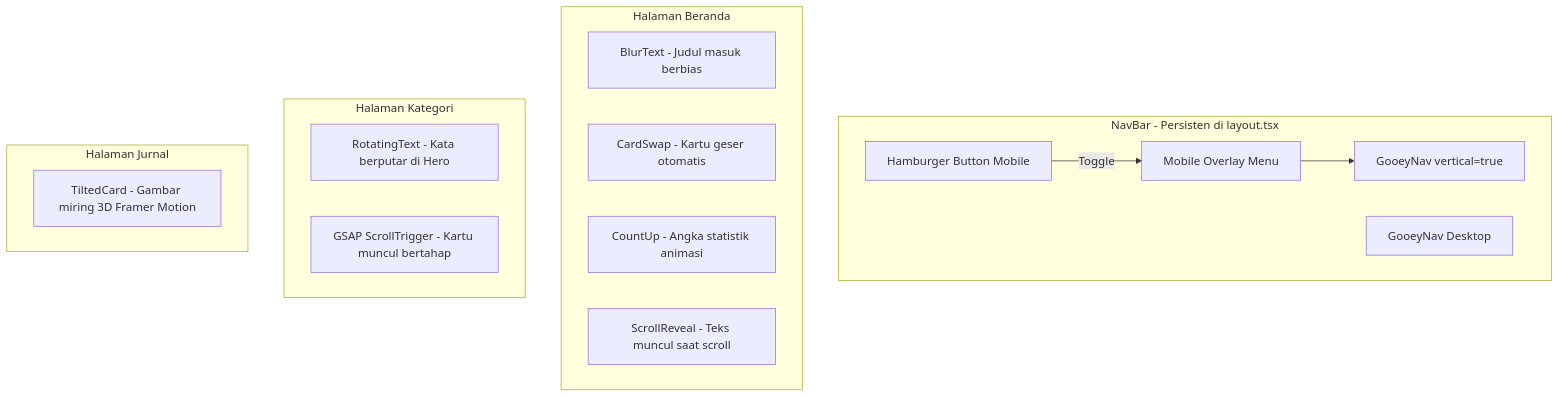
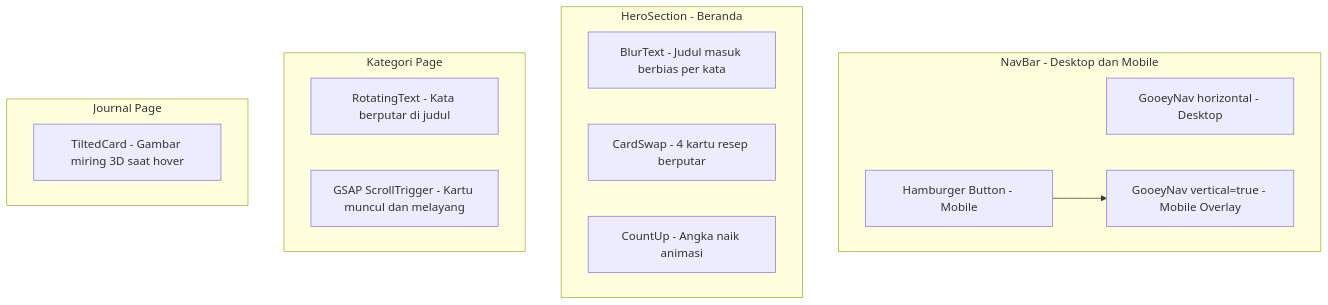
Before and after one commit to nabilkencana/Resep-Makanan-Frontend: the third of 5 diagrams in technical_guide.md, drawn with Mermaid. The commit also changed other lines of this file and 1 other file, not shown here.

Commit message:
docs: update technical and simple project guides with detailed architecture and component information

````diff
--- a/technical_guide.md
+++ b/technical_guide.md
@@ -168,27 +299,24 @@
 ```mermaid
 graph TD
-    subgraph NavBar ["NavBar - Persisten di layout.tsx"]
-        Hamburger["Hamburger Button Mobile"]
-        GooeyDesktop["GooeyNav Desktop"]
-        MobileOverlay["Mobile Overlay Menu"]
-        GooeyNav2["GooeyNav vertical=true"]
-        Hamburger -->|Toggle| MobileOverlay
-        MobileOverlay --> GooeyNav2
+    subgraph Nav ["NavBar - Desktop dan Mobile"]
+        GDesktop["GooeyNav horizontal - Desktop"]
+        HBurger["Hamburger Button - Mobile"]
+        GMobile["GooeyNav vertical=true - Mobile Overlay"]
+        HBurger --> GMobile
     end
 
-    subgraph HomePage ["Halaman Beranda"]
-        BlurText["BlurText - Judul masuk berbias"]
-        CardSwap["CardSwap - Kartu geser otomatis"]
-        CountUp["CountUp - Angka statistik animasi"]
-        ScrollReveal["ScrollReveal - Teks muncul saat scroll"]
+    subgraph Hero ["HeroSection - Beranda"]
+        BT["BlurText - Judul masuk berbias per kata"]
+        CS["CardSwap - 4 kartu resep berputar"]
+        CU["CountUp - Angka naik animasi"]
     end
 
-    subgraph CategoryPage ["Halaman Kategori"]
-        RotatingText["RotatingText - Kata berputar di Hero"]
-        GSAP["GSAP ScrollTrigger - Kartu muncul bertahap"]
+    subgraph KatPage ["Kategori Page"]
+        RT["RotatingText - Kata berputar di judul"]
+        GSAP["GSAP ScrollTrigger - Kartu muncul dan melayang"]
     end
 
-    subgraph JournalPage ["Halaman Jurnal"]
-        TiltedCard3D["TiltedCard - Gambar miring 3D Framer Motion"]
+    subgraph JourPage ["Journal Page"]
+        TC["TiltedCard - Gambar miring 3D saat hover"]
     end
 ```
````
